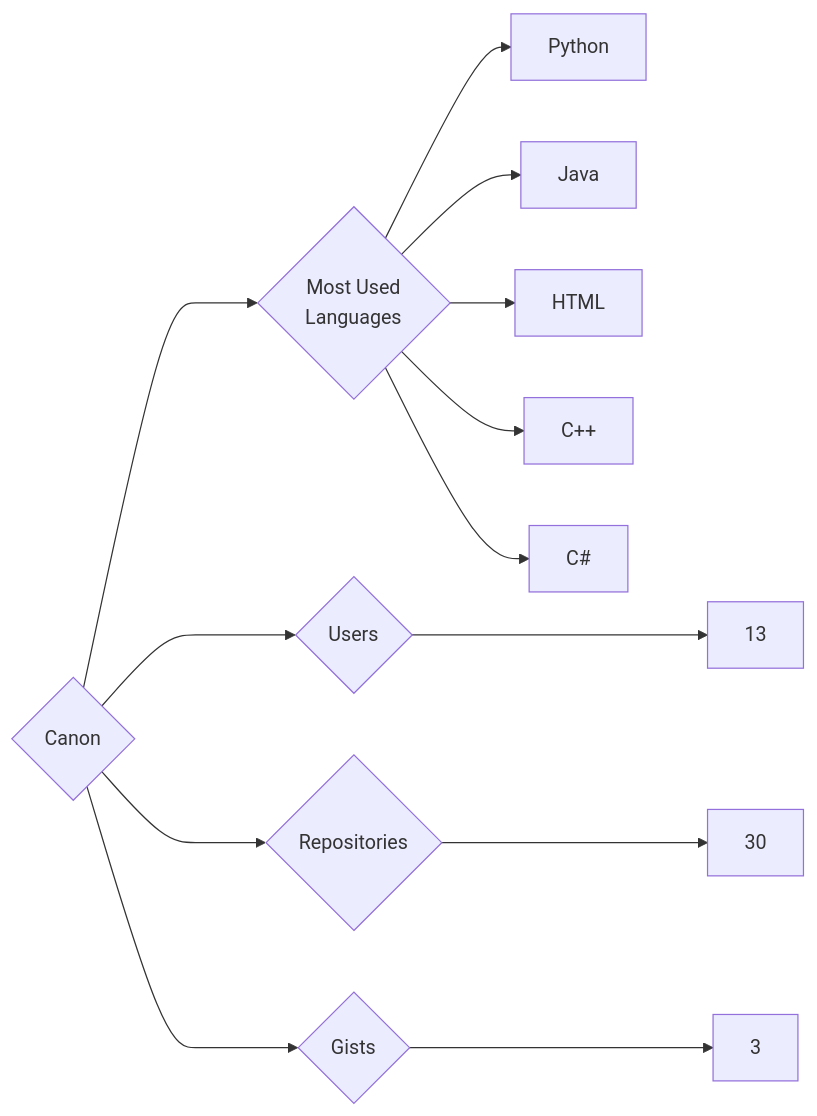
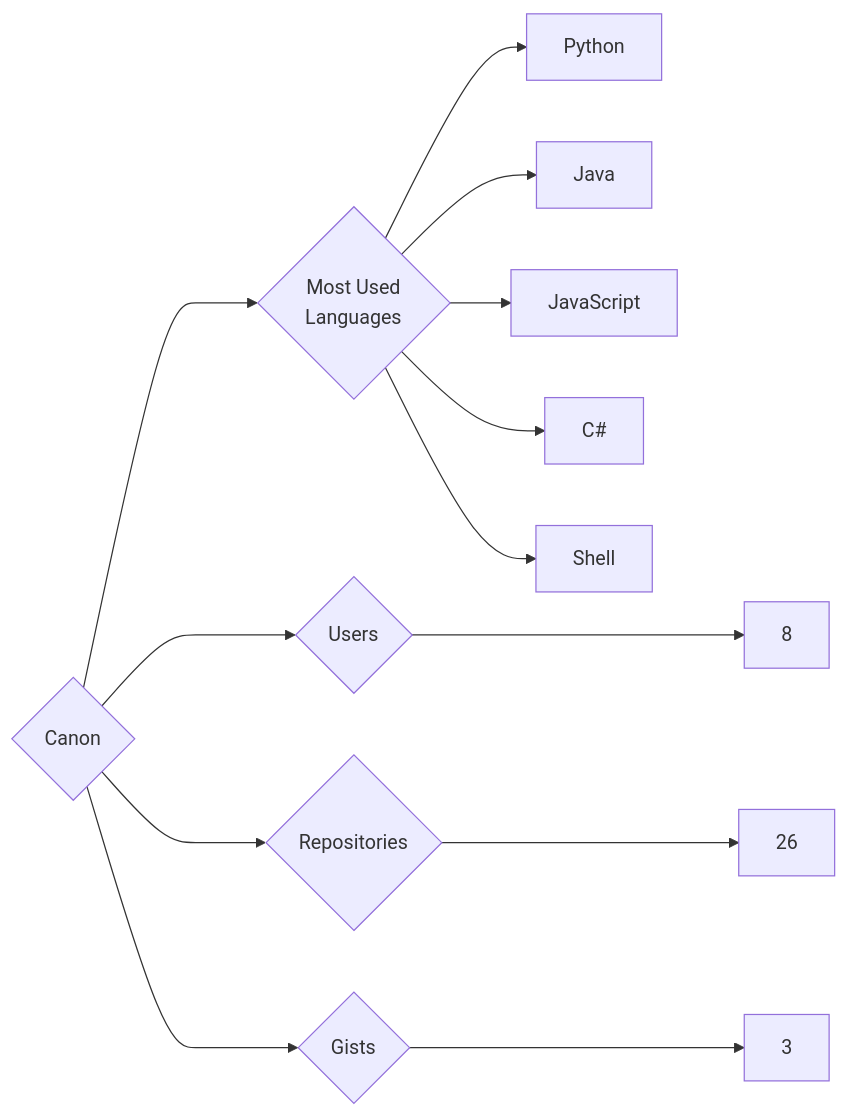
One commit to trickest/insiders changed the diagram in targets/Canon/README.md. Above: the diagram before and after it, drawn with Mermaid. The commit also changed 916 other files, not shown here.

````diff
--- a/targets/Canon/README.md
+++ b/targets/Canon/README.md
@@ -3,13 +3,13 @@
 ```mermaid
 graph LR
 COMPANY_NAME{Canon}
-COMPANY_NAME ---> U{Users} ---> UN[13]
-COMPANY_NAME ---> R{Repositories} ---> RN[30]
+COMPANY_NAME ---> U{Users} ---> UN[8]
+COMPANY_NAME ---> R{Repositories} ---> RN[26]
 COMPANY_NAME ---> G{Gists} ---> GN[3]
 COMPANY_NAME ---> ML{Most Used<br>Languages}
 ML --> Python[Python]
 ML --> Java[Java]
-ML --> HTML[HTML]
-ML --> C++[C++]
+ML --> JavaScript[JavaScript]
 ML --> C#[C#]
+ML --> Shell[Shell]
 ```
````
